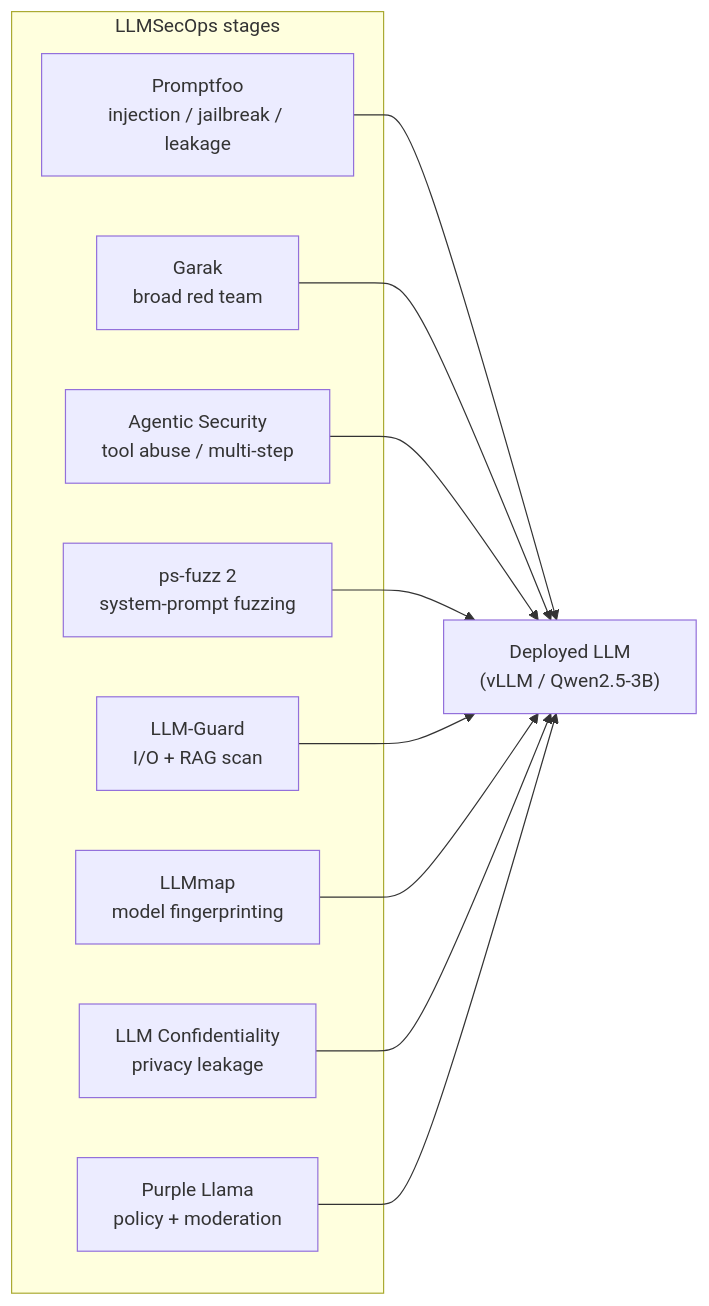
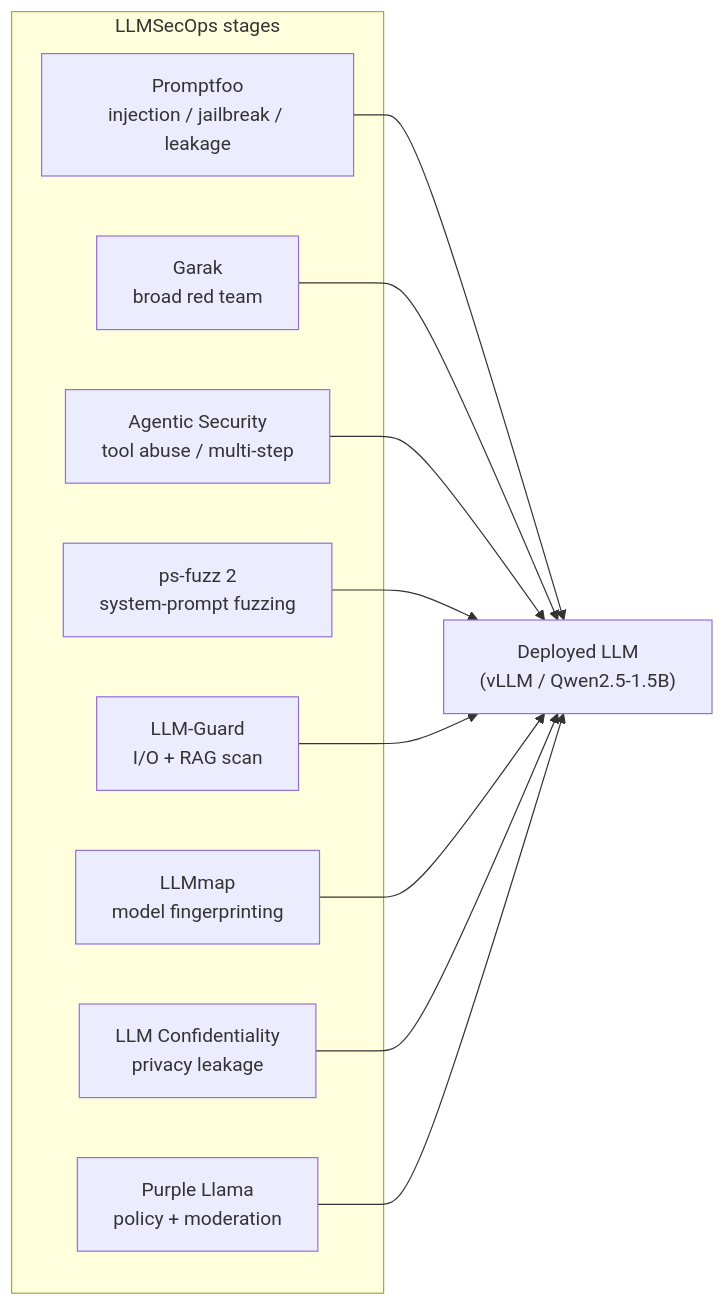
Before and after one commit to zessam/OtakuOps: the sixth of 7 diagrams in README.md, drawn with Mermaid. The commit also changed other lines of this file and 14 other files, not shown here.

````diff
--- a/README.md
+++ b/README.md
@@ -211,17 +211,17 @@
 ```mermaid
 flowchart LR
-    model["Deployed LLM<br/>(vLLM / Qwen2.5-3B)"]
+    model["Deployed LLM<br/>(vLLM / Qwen2.5-1.5B)"]
 
     subgraph suite["LLMSecOps stages"]
         pf["Promptfoo<br/>injection / jailbreak / leakage"]
         garak["Garak<br/>broad red team"]
         agsec["Agentic Security<br/>tool abuse / multi-step"]
         fuzz["ps-fuzz 2<br/>system-prompt fuzzing"]
         guard["LLM-Guard<br/>I/O + RAG scan"]
         llmmap["LLMmap<br/>model fingerprinting"]
         conf["LLM Confidentiality<br/>privacy leakage"]
         purple["Purple Llama<br/>policy + moderation"]
     end
 
     pf & garak & agsec & fuzz & guard & llmmap & conf & purple --> model
 ```
````
